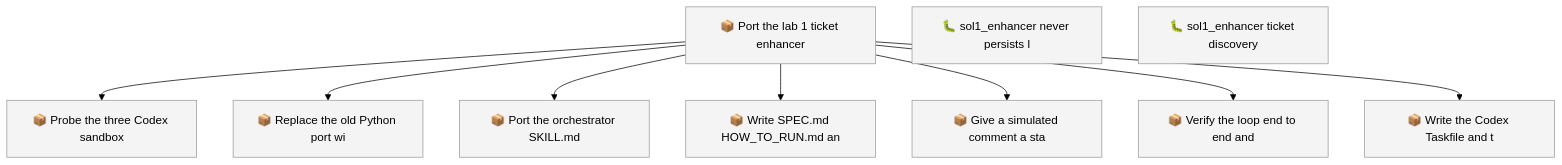
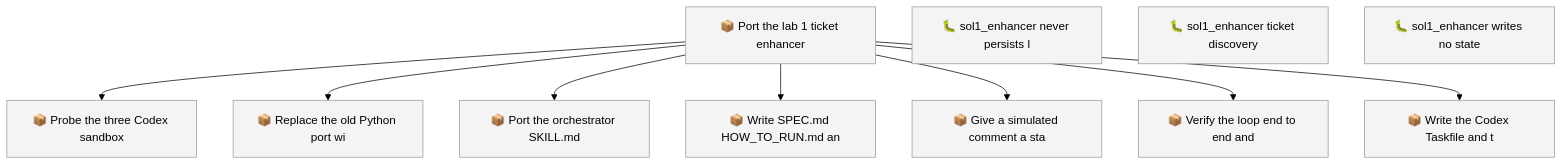
The first of 2 diagrams in docs/roadmap.md (RichardHightower/reliable-agentic-lab), drawn with Mermaid (forest theme) before and after one commit. The commit also changed other lines of this file and 6 other files, not shown here.

````diff
--- a/docs/roadmap.md
+++ b/docs/roadmap.md
@@ -53,22 +54,23 @@
 ```mermaid
 graph TD
     01M1217WSS22TWYCM42N3N6E9W["📦 Port the lab 1 ticket enhancer"]
     01M1217WT9586S4PHZFXV2RZQQ["📦 Probe the three Codex sandbox"]
     01M1217WT9NYGSJ2B43G3YE7FW["📦 Replace the old Python port wi"]
     01M1217WT9X3FMDT5YYM9D0E4B["📦 Port the orchestrator SKILL.md"]
     01M1217WTA3WFB7X29CF69BMJ5["📦 Write SPEC.md HOW_TO_RUN.md an"]
     01M1217WTAEM5W96N68WVN3CVS["📦 Give a simulated comment a sta"]
     01M1217WTAK4MAAXX3P7279H54["📦 Verify the loop end to end and"]
     01M1217WTAPT5AVHK27NAJJPMY["📦 Write the Codex Taskfile and t"]
     01M1218DG6NDRH9ZEZJKZGN1ZE["🐛 sol1_enhancer never persists l"]
     01M1218M5NYXMND79G5E0H4WBK["🐛 sol1_enhancer ticket discovery"]
+    01M124T0411AFGE306A00T17X3["🐛 sol1_enhancer writes no state"]
     01M1217WSS22TWYCM42N3N6E9W --> 01M1217WT9586S4PHZFXV2RZQQ
     01M1217WSS22TWYCM42N3N6E9W --> 01M1217WT9NYGSJ2B43G3YE7FW
     01M1217WSS22TWYCM42N3N6E9W --> 01M1217WT9X3FMDT5YYM9D0E4B
     01M1217WSS22TWYCM42N3N6E9W --> 01M1217WTA3WFB7X29CF69BMJ5
     01M1217WSS22TWYCM42N3N6E9W --> 01M1217WTAEM5W96N68WVN3CVS
     01M1217WSS22TWYCM42N3N6E9W --> 01M1217WTAK4MAAXX3P7279H54
     01M1217WSS22TWYCM42N3N6E9W --> 01M1217WTAPT5AVHK27NAJJPMY
     classDef todo fill:#f4f4f4,stroke:#999999
-    class 01M1217WSS22TWYCM42N3N6E9W,01M1217WT9586S4PHZFXV2RZQQ,01M1217WT9NYGSJ2B43G3YE7FW,01M1217WT9X3FMDT5YYM9D0E4B,01M1217WTA3WFB7X29CF69BMJ5,01M1217WTAEM5W96N68WVN3CVS,01M1217WTAK4MAAXX3P7279H54,01M1217WTAPT5AVHK27NAJJPMY,01M1218DG6NDRH9ZEZJKZGN1ZE,01M1218M5NYXMND79G5E0H4WBK todo
+    class 01M1217WSS22TWYCM42N3N6E9W,01M1217WT9586S4PHZFXV2RZQQ,01M1217WT9NYGSJ2B43G3YE7FW,01M1217WT9X3FMDT5YYM9D0E4B,01M1217WTA3WFB7X29CF69BMJ5,01M1217WTAEM5W96N68WVN3CVS,01M1217WTAK4MAAXX3P7279H54,01M1217WTAPT5AVHK27NAJJPMY,01M1218DG6NDRH9ZEZJKZGN1ZE,01M1218M5NYXMND79G5E0H4WBK,01M124T0411AFGE306A00T17X3 todo
 ```
````
